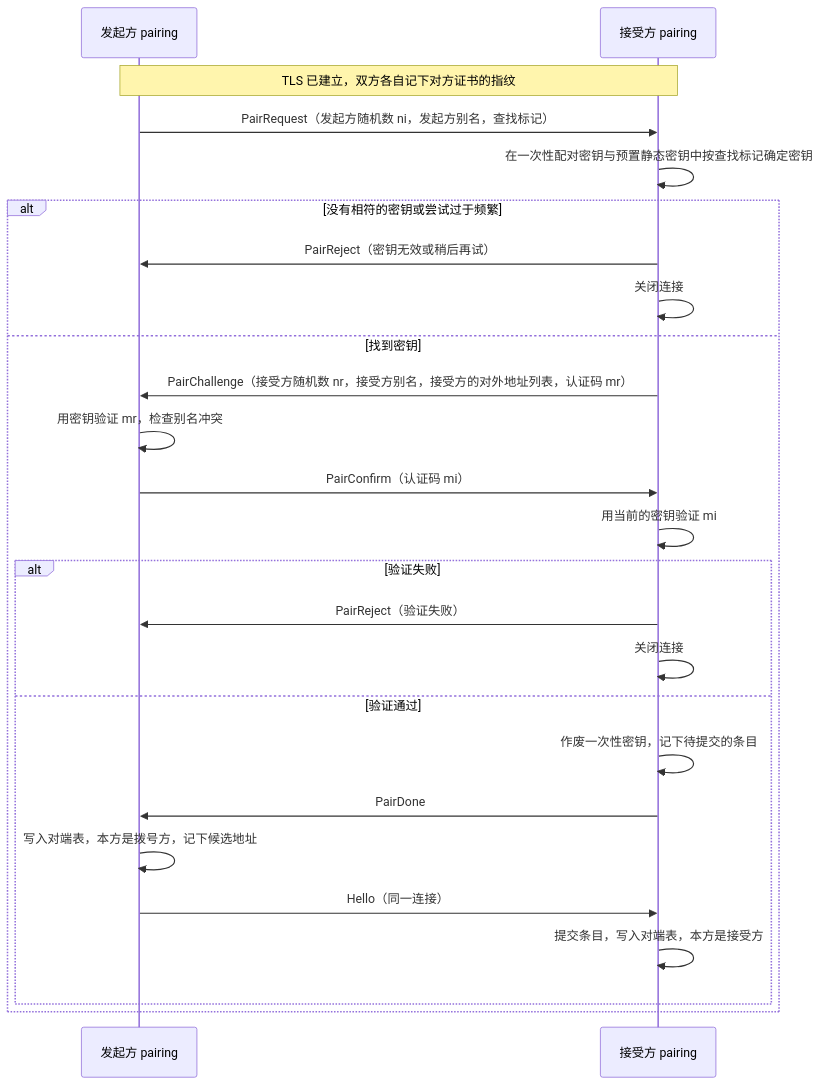
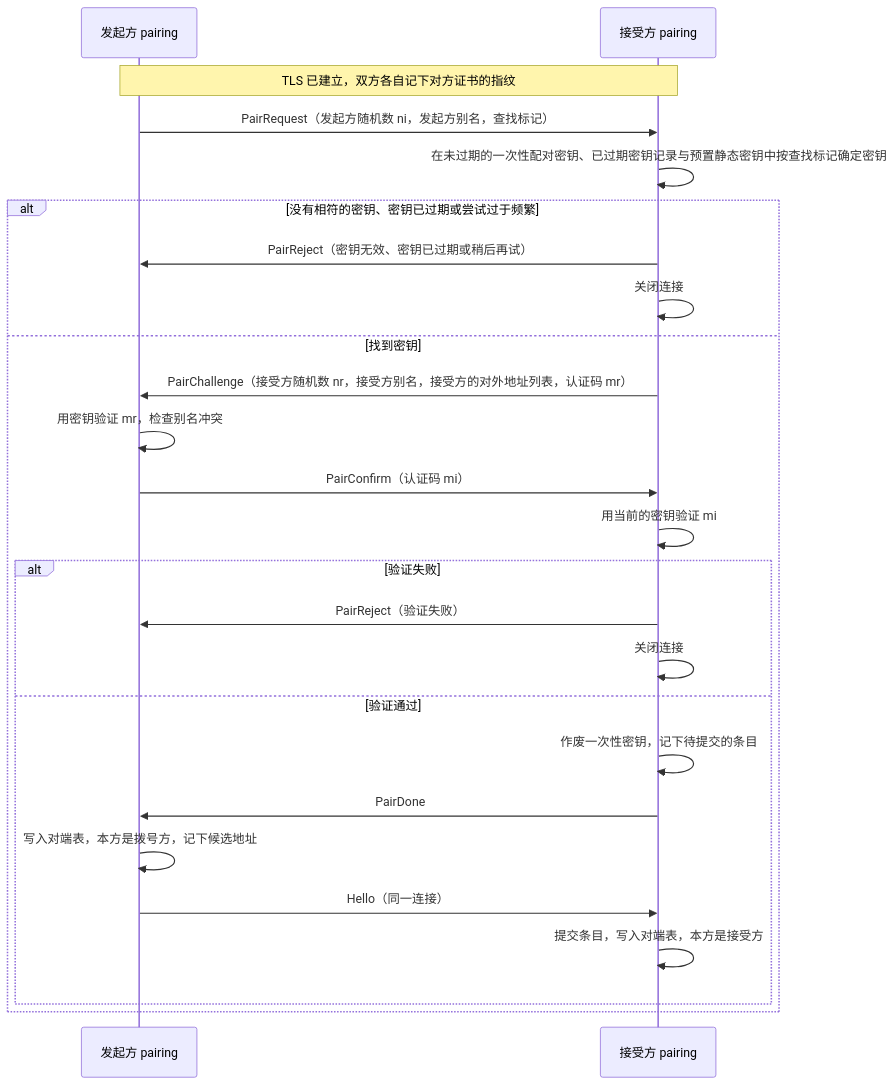
Before and after one commit to wangzw/agent-peer: the diagram in docs/design/modules/design-pairing.md, drawn with Mermaid. The commit also changed other lines of this file and 11 other files, not shown here.

````diff
--- a/docs/design/modules/design-pairing.md
+++ b/docs/design/modules/design-pairing.md
@@ -124,27 +124,27 @@
 ```mermaid
 sequenceDiagram
     participant I as 发起方 pairing
     participant R as 接受方 pairing
     Note over I,R: TLS 已建立，双方各自记下对方证书的指纹
     I->>R: PairRequest（发起方随机数 ni，发起方别名，查找标记）
-    R->>R: 在一次性配对密钥与预置静态密钥中按查找标记确定密钥
-    alt 没有相符的密钥或尝试过于频繁
-        R->>I: PairReject（密钥无效或稍后再试）
+    R->>R: 在未过期的一次性配对密钥、已过期密钥记录与预置静态密钥中按查找标记确定密钥
+    alt 没有相符的密钥、密钥已过期或尝试过于频繁
+        R->>I: PairReject（密钥无效、密钥已过期或稍后再试）
         R->>R: 关闭连接
     else 找到密钥
         R->>I: PairChallenge（接受方随机数 nr，接受方别名，接受方的对外地址列表，认证码 mr）
         I->>I: 用密钥验证 mr，检查别名冲突
         I->>R: PairConfirm（认证码 mi）
         R->>R: 用当前的密钥验证 mi
         alt 验证失败
             R->>I: PairReject（验证失败）
             R->>R: 关闭连接
         else 验证通过
             R->>R: 作废一次性密钥，记下待提交的条目
             R->>I: PairDone
             I->>I: 写入对端表，本方是拨号方，记下候选地址
             I->>R: Hello（同一连接）
             R->>R: 提交条目，写入对端表，本方是接受方
         end
     end
 ```
````
